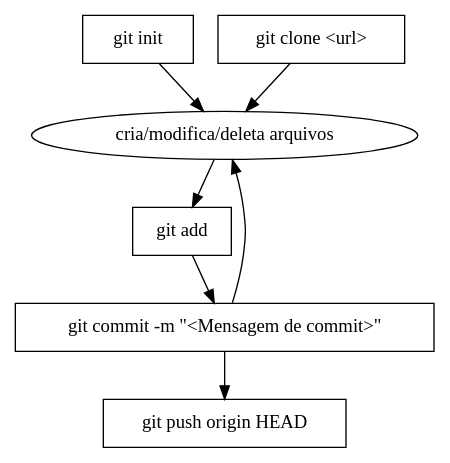
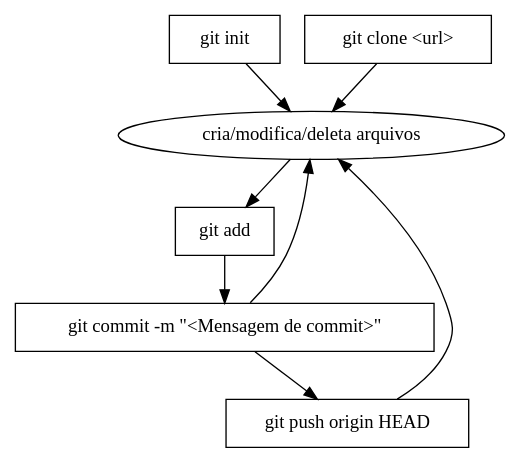
Before and after one commit to neninja/espiral: the diagram in content/3_git/workflow.gv, drawn with Graphviz.

Commit message:
:bug: corrige workflox git

```diff
--- a/content/3_git/workflow.gv
+++ b/content/3_git/workflow.gv
@@ -1,18 +1,18 @@
 digraph D {
     dev[label="cria/modifica/deleta arquivos"];
 
     node [shape=rect,fontname=mono];
     init[label="git init"];
     clone[label="git clone <url>"];
     add[label="git add"];
     commit[label="git commit -m \"<Mensagem de commit>\""];
     push[label="git push origin HEAD"];
 
     init -> dev;
     clone -> dev;
 
     dev -> add -> commit;
 
-    commit -> push;
     commit -> dev;
+    commit -> push -> dev;
 }
```
